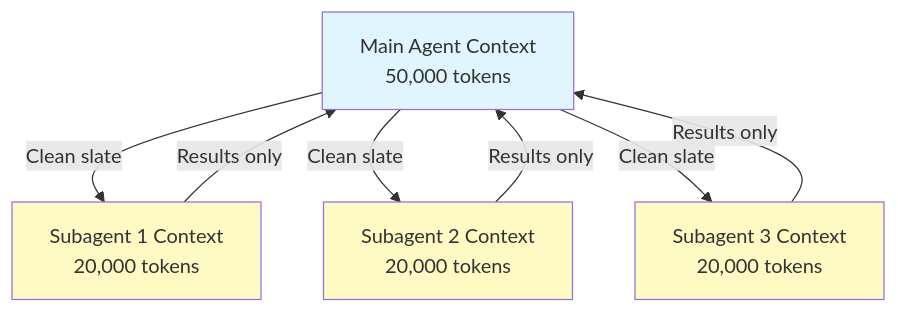
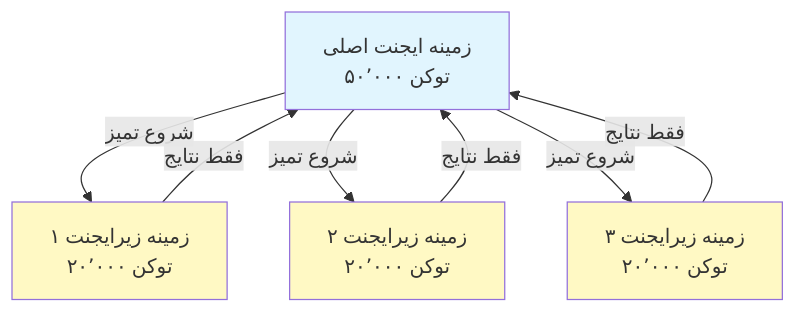
Before and after one commit to hassanbht/claude-howto: the sixth of 7 diagrams in fa/04-subagents/README.md, drawn with Mermaid. The commit also changed other lines of this file and 53 other files, not shown here.

````diff
--- a/fa/04-subagents/README.md
+++ b/fa/04-subagents/README.md
@@ -930,20 +928,20 @@
 ```mermaid
 graph TB
-    A["Main Agent Context<br/>50,000 tokens"]
-    B["Subagent 1 Context<br/>20,000 tokens"]
-    C["Subagent 2 Context<br/>20,000 tokens"]
-    D["Subagent 3 Context<br/>20,000 tokens"]
+    A["زمینه ایجنت اصلی<br/>۵۰٬۰۰۰ توکن"]
+    B["زمینه زیرایجنت ۱<br/>۲۰٬۰۰۰ توکن"]
+    C["زمینه زیرایجنت ۲<br/>۲۰٬۰۰۰ توکن"]
+    D["زمینه زیرایجنت ۳<br/>۲۰٬۰۰۰ توکن"]
 
-    A -->|Clean slate| B
-    A -->|Clean slate| C
-    A -->|Clean slate| D
+    A -->|شروع تمیز| B
+    A -->|شروع تمیز| C
+    A -->|شروع تمیز| D
 
-    B -->|Results only| A
-    C -->|Results only| A
-    D -->|Results only| A
+    B -->|فقط نتایج| A
+    C -->|فقط نتایج| A
+    D -->|فقط نتایج| A
 
     style A fill:#e1f5fe
     style B fill:#fff9c4
     style C fill:#fff9c4
     style D fill:#fff9c4
 ```
````
